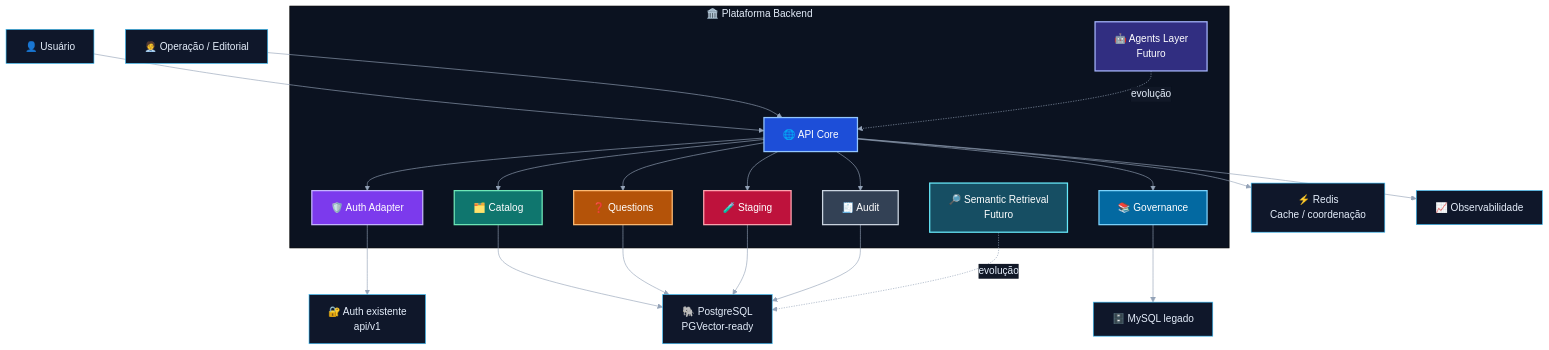
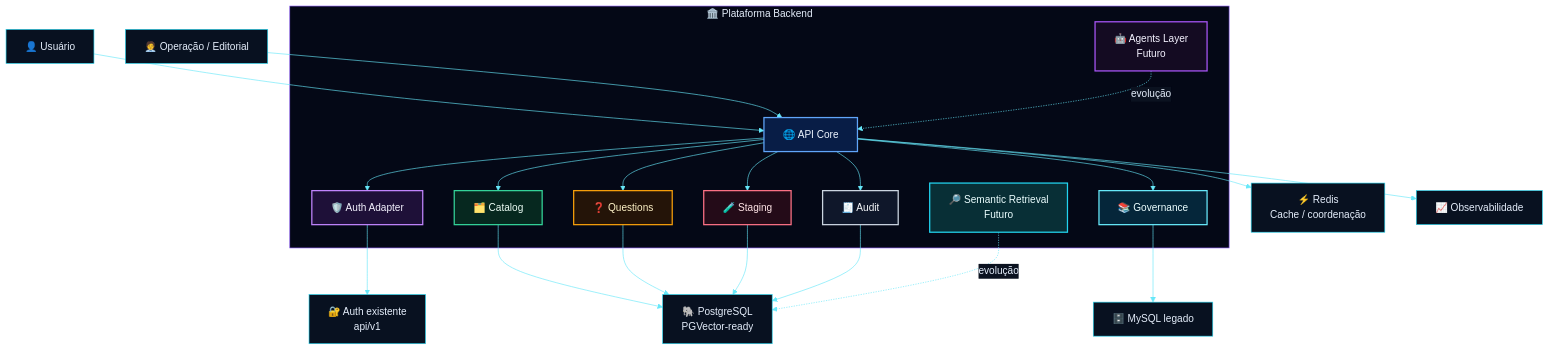
Before and after one commit to matheusdiamantino-betalent/IA: the second of 9 diagrams in README.md, drawn with Mermaid. The commit also changed other lines of this file, not shown here.

````diff
--- a/README.md
+++ b/README.md
@@ -439,68 +461,68 @@
 ```mermaid
-%%{init: {
-  "theme": "base",
-  "themeVariables": {
-    "background": "#07111d",
-    "primaryColor": "#0f172a",
-    "primaryTextColor": "#e5eefb",
-    "primaryBorderColor": "#38bdf8",
-    "secondaryColor": "#111827",
-    "secondaryTextColor": "#e5eefb",
-    "tertiaryColor": "#0b1220",
-    "tertiaryTextColor": "#e5eefb",
-    "lineColor": "#94a3b8"
-  }
-}}%%
+%%{init: {'theme':'base','themeVariables': {
+  'background':'#020617',
+  'primaryColor':'#081120',
+  'primaryTextColor':'#e5eefb',
+  'primaryBorderColor':'#22d3ee',
+  'lineColor':'#67e8f9',
+  'secondaryColor':'#0b1220',
+  'secondaryTextColor':'#e5eefb',
+  'tertiaryColor':'#111827',
+  'tertiaryTextColor':'#e5eefb',
+  'clusterBkg':'#040816',
+  'clusterBorder':'#8b5cf6',
+  'fontFamily':'Inter, Segoe UI, Arial'
+}}}%%
 flowchart TB
     user["👤 Usuário"]
     admin["🧑‍💼 Operação / Editorial"]
-    authv1["🔐 Auth existente\napi/v1"]
-    postgres["🐘 PostgreSQL\nPGVector-ready"]
+    authv1["🔐 Auth existente<br/>api/v1"]
+    postgres["🐘 PostgreSQL<br/>PGVector-ready"]
     mysql["🗄️ MySQL legado"]
-    redis["⚡ Redis\nCache / coordenação"]
+    redis["⚡ Redis<br/>Cache / coordenação"]
     obs["📈 Observabilidade"]
 
     subgraph app["🏛️ Plataforma Backend"]
         api["🌐 API Core"]
         auth["🛡️ Auth Adapter"]
         catalog["🗂️ Catalog"]
         questions["❓ Questions"]
         staging["🧪 Staging"]
         audit["🧾 Audit"]
         governance["📚 Governance"]
-        futureAgents["🤖 Agents Layer\nFuturo"]
-        futureRetrieval["🔎 Semantic Retrieval\nFuturo"]
+        futureAgents["🤖 Agents Layer<br/>Futuro"]
+        futureRetrieval["🔎 Semantic Retrieval<br/>Futuro"]
     end
 
     user --> api
     admin --> api
     api --> auth
     auth --> authv1
 
     api --> catalog
     api --> questions
     api --> staging
     api --> audit
     api --> governance
 
     catalog --> postgres
     questions --> postgres
     staging --> postgres
     audit --> postgres
     governance --> mysql
     api --> redis
     api --> obs
 
     futureAgents -. evolução .-> api
     futureRetrieval -. evolução .-> postgres
 
-    style api fill:#1d4ed8,stroke:#93c5fd,stroke-width:2px,color:#ffffff
-    style auth fill:#7c3aed,stroke:#c4b5fd,stroke-width:2px,color:#ffffff
-    style catalog fill:#0f766e,stroke:#6ee7b7,stroke-width:2px,color:#ffffff
-    style questions fill:#b45309,stroke:#fdba74,stroke-width:2px,color:#ffffff
-    style staging fill:#be123c,stroke:#fda4af,stroke-width:2px,color:#ffffff
-    style audit fill:#334155,stroke:#cbd5e1,stroke-width:2px,color:#ffffff
-    style governance fill:#0369a1,stroke:#7dd3fc,stroke-width:2px,color:#ffffff
-    style futureAgents fill:#312e81,stroke:#a5b4fc,stroke-width:2px,color:#ffffff
-    style futureRetrieval fill:#164e63,stroke:#67e8f9,stroke-width:2px,color:#ffffff
+    style api fill:#081d46,stroke:#60a5fa,stroke-width:2px,color:#eff6ff
+    style auth fill:#1e1038,stroke:#c084fc,stroke-width:2px,color:#f5f3ff
+    style catalog fill:#06281f,stroke:#34d399,stroke-width:2px,color:#ecfdf5
+    style questions fill:#241408,stroke:#f59e0b,stroke-width:2px,color:#fef3c7
+    style staging fill:#240b18,stroke:#fb7185,stroke-width:2px,color:#ffe4e6
+    style audit fill:#0f172a,stroke:#cbd5e1,stroke-width:2px,color:#f8fafc
+    style governance fill:#05263a,stroke:#67e8f9,stroke-width:2px,color:#ecfeff
+    style futureAgents fill:#140b22,stroke:#a855f7,stroke-width:2px,color:#f5f3ff
+    style futureRetrieval fill:#082f36,stroke:#22d3ee,stroke-width:2px,color:#ecfeff
 ```
````
